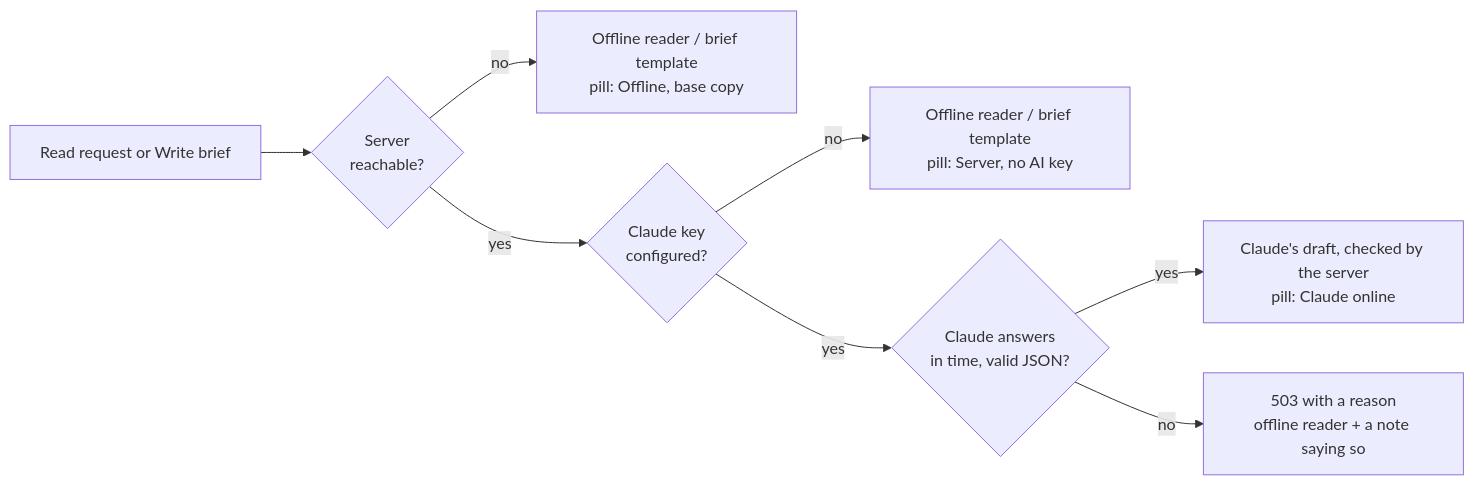
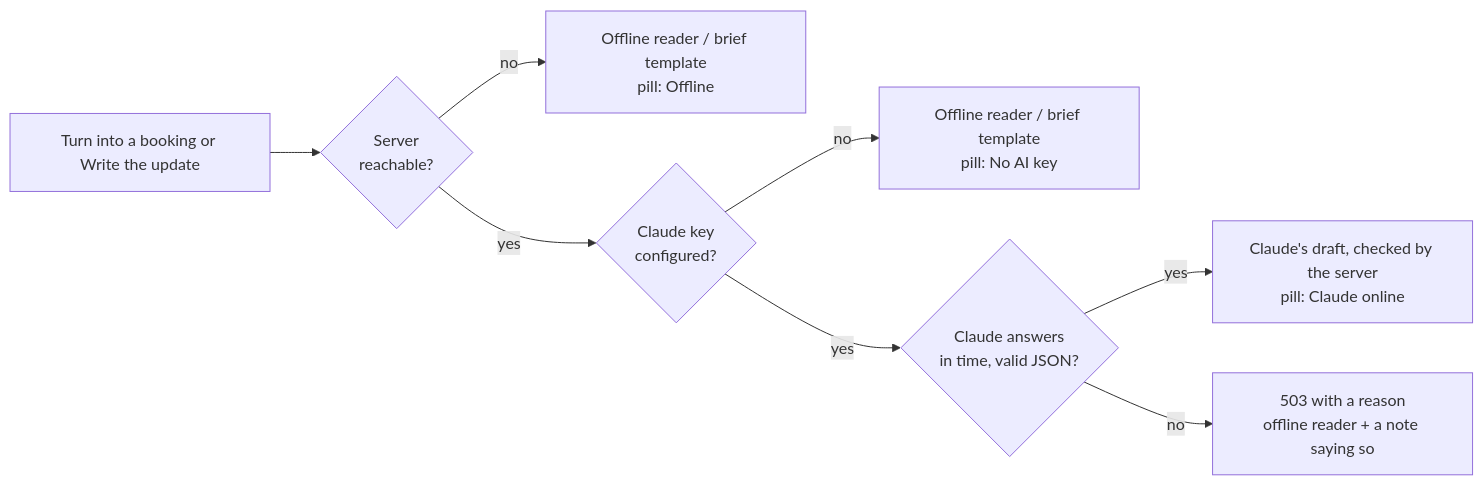
Before and after one commit to 0xNadr/cargo-window: the fifth of 5 diagrams in docs/ARCHITECTURE.md, drawn with Mermaid. The commit also changed other lines of this file and 62 other files, not shown here.

````diff
--- a/docs/ARCHITECTURE.md
+++ b/docs/ARCHITECTURE.md
@@ -148,10 +150,10 @@
 ```mermaid
 flowchart LR
-    R["Read request or Write brief"] --> S{"Server<br/>reachable?"}
-    S -- no --> O["Offline reader / brief template<br/>pill: Offline, base copy"]
+    R["Turn into a booking or Write the update"] --> S{"Server<br/>reachable?"}
+    S -- no --> O["Offline reader / brief template<br/>pill: Offline"]
     S -- yes --> K{"Claude key<br/>configured?"}
-    K -- no --> O2["Offline reader / brief template<br/>pill: Server, no AI key"]
+    K -- no --> O2["Offline reader / brief template<br/>pill: No AI key"]
     K -- yes --> C{"Claude answers<br/>in time, valid JSON?"}
     C -- yes --> D["Claude's draft, checked by the server<br/>pill: Claude online"]
     C -- no --> O3["503 with a reason<br/>offline reader + a note saying so"]
 ```
````
